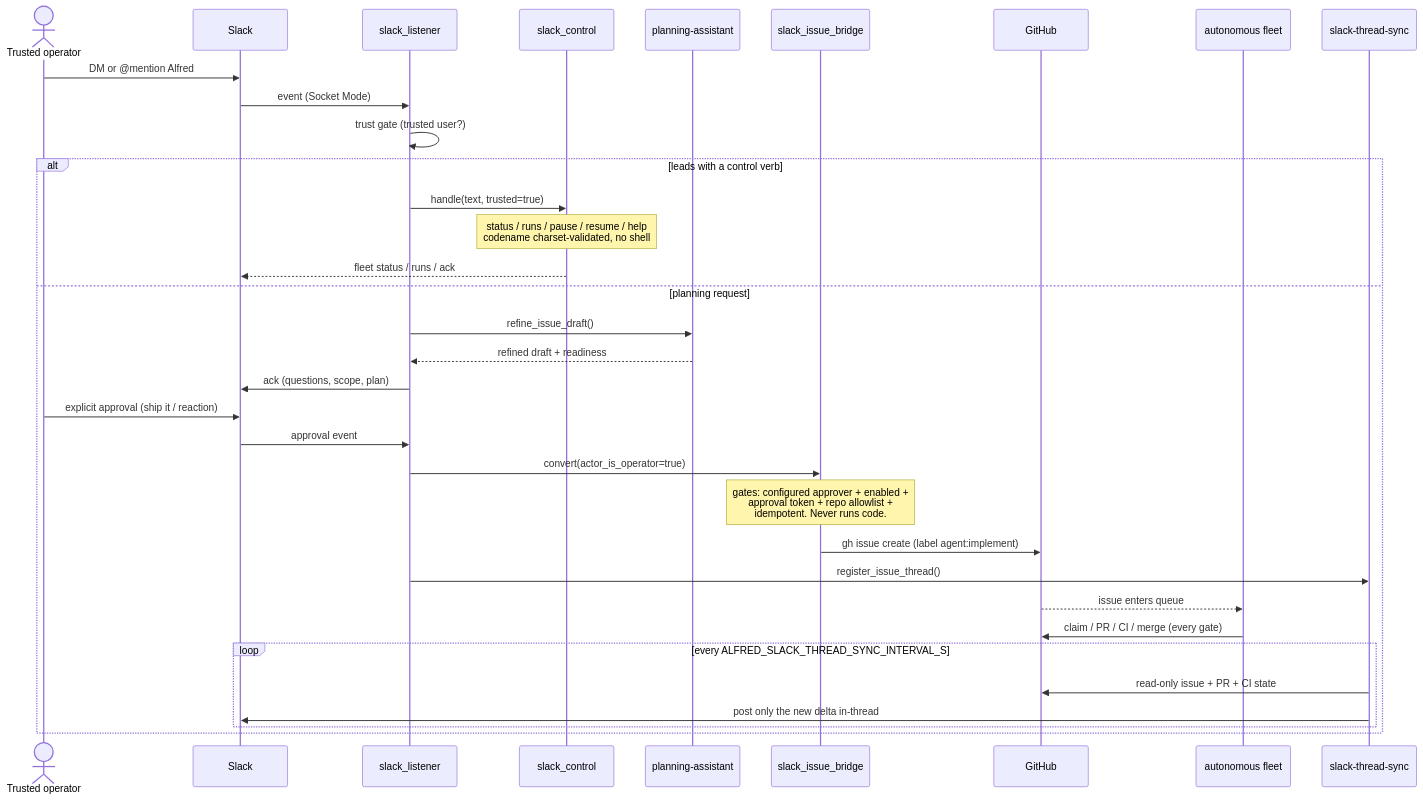
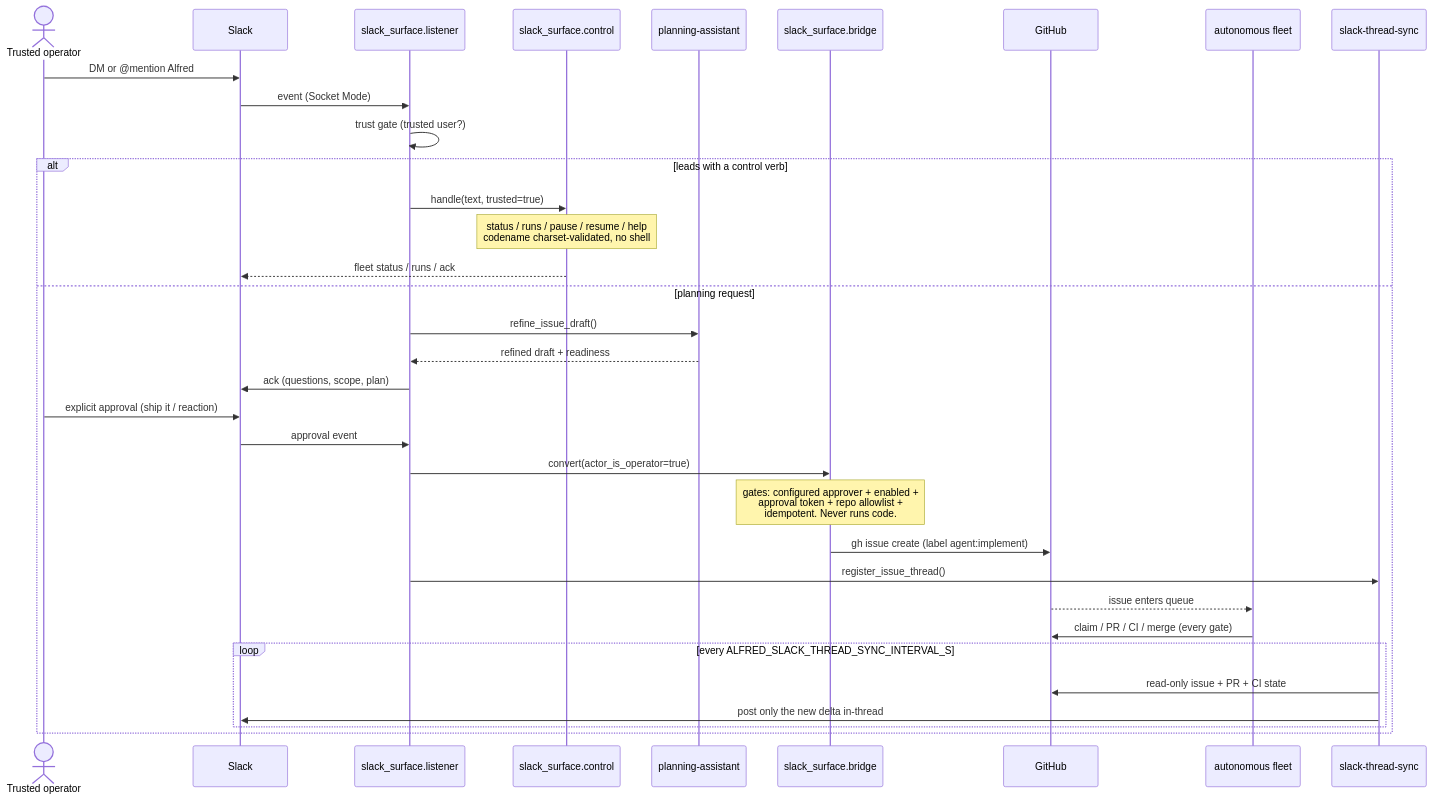
Before and after one commit to luminik-io/alfred: the fourth of 8 diagrams in docs/ARCHITECTURE.md, drawn with Mermaid. The commit also changed other lines of this file and 4 other files, not shown here.

````diff
--- a/docs/ARCHITECTURE.md
+++ b/docs/ARCHITECTURE.md
@@ -147,37 +147,37 @@
 ```mermaid
 sequenceDiagram
     actor op as Trusted operator
     participant slack as Slack
-    participant listener as slack_listener
-    participant ctrl as slack_control
+    participant listener as slack_surface.listener
+    participant ctrl as slack_surface.control
     participant pa as planning-assistant
-    participant bridge as slack_issue_bridge
+    participant bridge as slack_surface.bridge
     participant gh as GitHub
     participant fleet as autonomous fleet
     participant sync as slack-thread-sync
 
     op->>slack: DM or @mention Alfred
     slack->>listener: event (Socket Mode)
     listener->>listener: trust gate (trusted user?)
     alt leads with a control verb
         listener->>ctrl: handle(text, trusted=true)
         Note over ctrl: status / runs / pause / resume / help<br/>codename charset-validated, no shell
         ctrl-->>slack: fleet status / runs / ack
     else planning request
         listener->>pa: refine_issue_draft()
         pa-->>listener: refined draft + readiness
         listener->>slack: ack (questions, scope, plan)
         op->>slack: explicit approval (ship it / reaction)
         slack->>listener: approval event
         listener->>bridge: convert(actor_is_operator=true)
         Note over bridge: gates: configured approver + enabled +<br/>approval token + repo allowlist +<br/>idempotent. Never runs code.
         bridge->>gh: gh issue create (label agent:implement)
         listener->>sync: register_issue_thread()
         gh-->>fleet: issue enters queue
         fleet->>gh: claim / PR / CI / merge (every gate)
         loop every ALFRED_SLACK_THREAD_SYNC_INTERVAL_S
             sync->>gh: read-only issue + PR + CI state
             sync->>slack: post only the new delta in-thread
         end
     end
 ```
````
